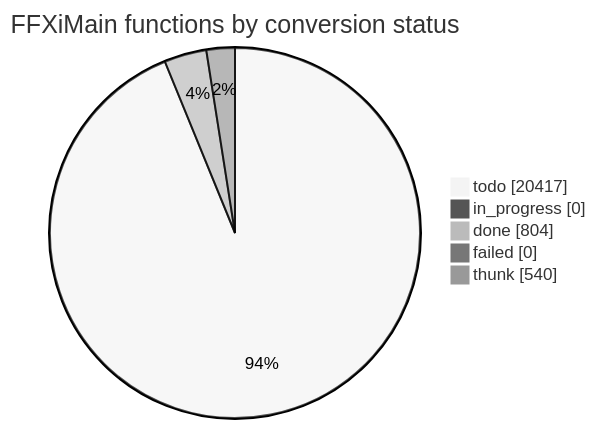
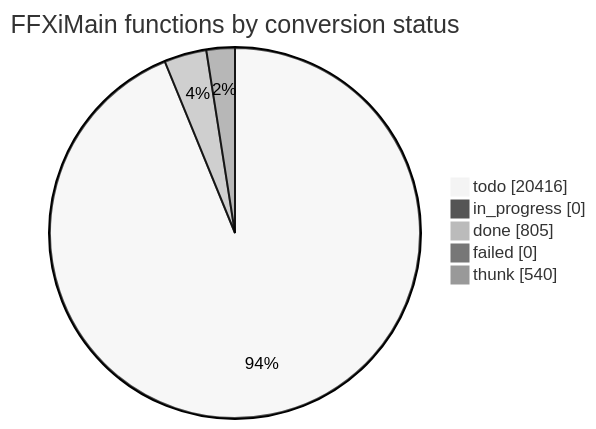
Before and after one commit to cowrevenge/cow_kuluu_xi_anything: the diagram in docs/cow/STATUS.md, drawn with Mermaid (neutral theme). The commit also changed other lines of this file and 9 other files, not shown here.

````diff
--- a/docs/cow/STATUS.md
+++ b/docs/cow/STATUS.md
@@ -18,9 +18,9 @@
 ```mermaid
 pie showData
     title FFXiMain functions by conversion status
-    "todo" : 20417
+    "todo" : 20416
     "in_progress" : 0
-    "done" : 804
+    "done" : 805
     "failed" : 0
     "thunk" : 540
 ```
````
